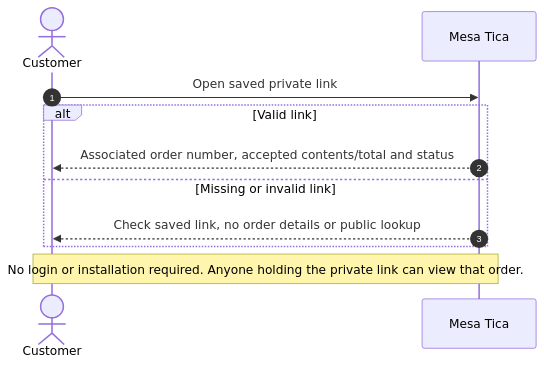
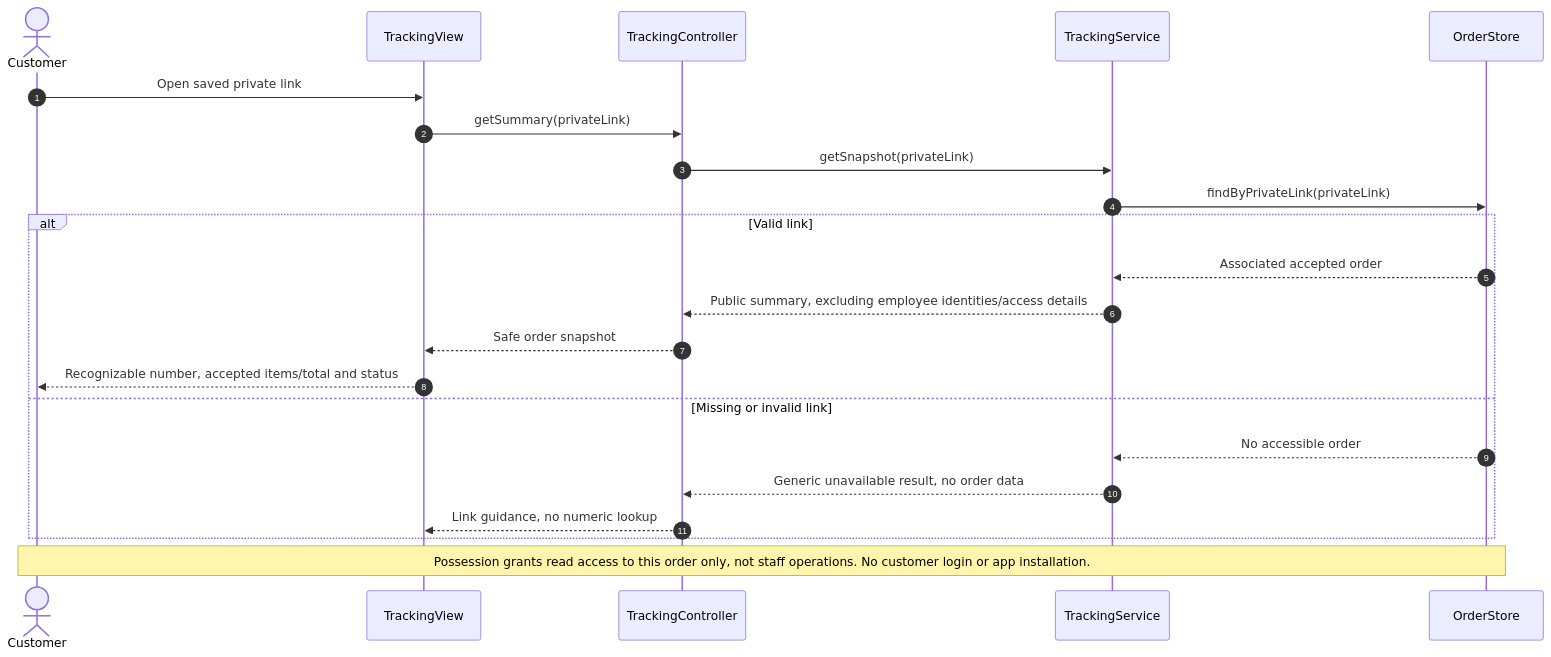
Before and after one commit to axantillon/mesa-tica: the diagram in design/diagrams/C1-private-summary.mmd, drawn with Mermaid. The commit also changed 16 other files, not shown here.

Commit message:
Define framework-agnostic architecture and detailed interaction design

```diff
--- a/design/diagrams/C1-private-summary.mmd
+++ b/design/diagrams/C1-private-summary.mmd
@@ -1,11 +1,22 @@
 sequenceDiagram
     autonumber
     actor Customer
-    participant Product as Mesa Tica
-    Customer->>Product: Open saved private link
+    participant UI as TrackingView
+    participant C as TrackingController
+    participant S as TrackingService
+    participant O as OrderStore
+    Customer->>UI: Open saved private link
+    UI->>C: getSummary(privateLink)
+    C->>S: getSnapshot(privateLink)
+    S->>O: findByPrivateLink(privateLink)
     alt Valid link
-    Product-->>Customer: Associated order number, accepted contents/total and status
+    O-->>S: Associated accepted order
+    S-->>C: Public summary, excluding employee identities/access details
+    C-->>UI: Safe order snapshot
+    UI-->>Customer: Recognizable number, accepted items/total and status
     else Missing or invalid link
-    Product-->>Customer: Check saved link, no order details or public lookup
+    O-->>S: No accessible order
+    S-->>C: Generic unavailable result, no order data
+    C-->>UI: Link guidance, no numeric lookup
     end
-    Note over Customer,Product: No login or installation required. Anyone holding the private link can view that order.
+    Note over Customer,O: Possession grants read access to this order only, not staff operations. No customer login or app installation.
```
